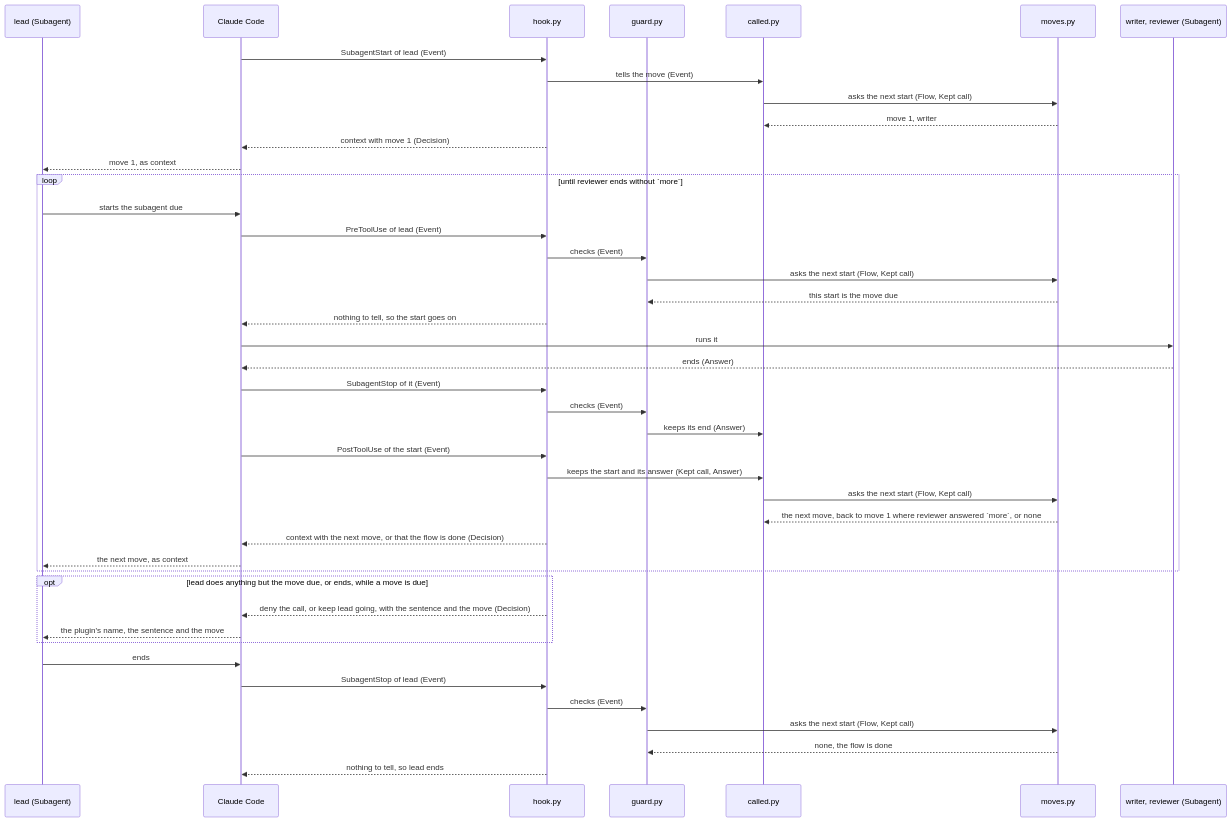
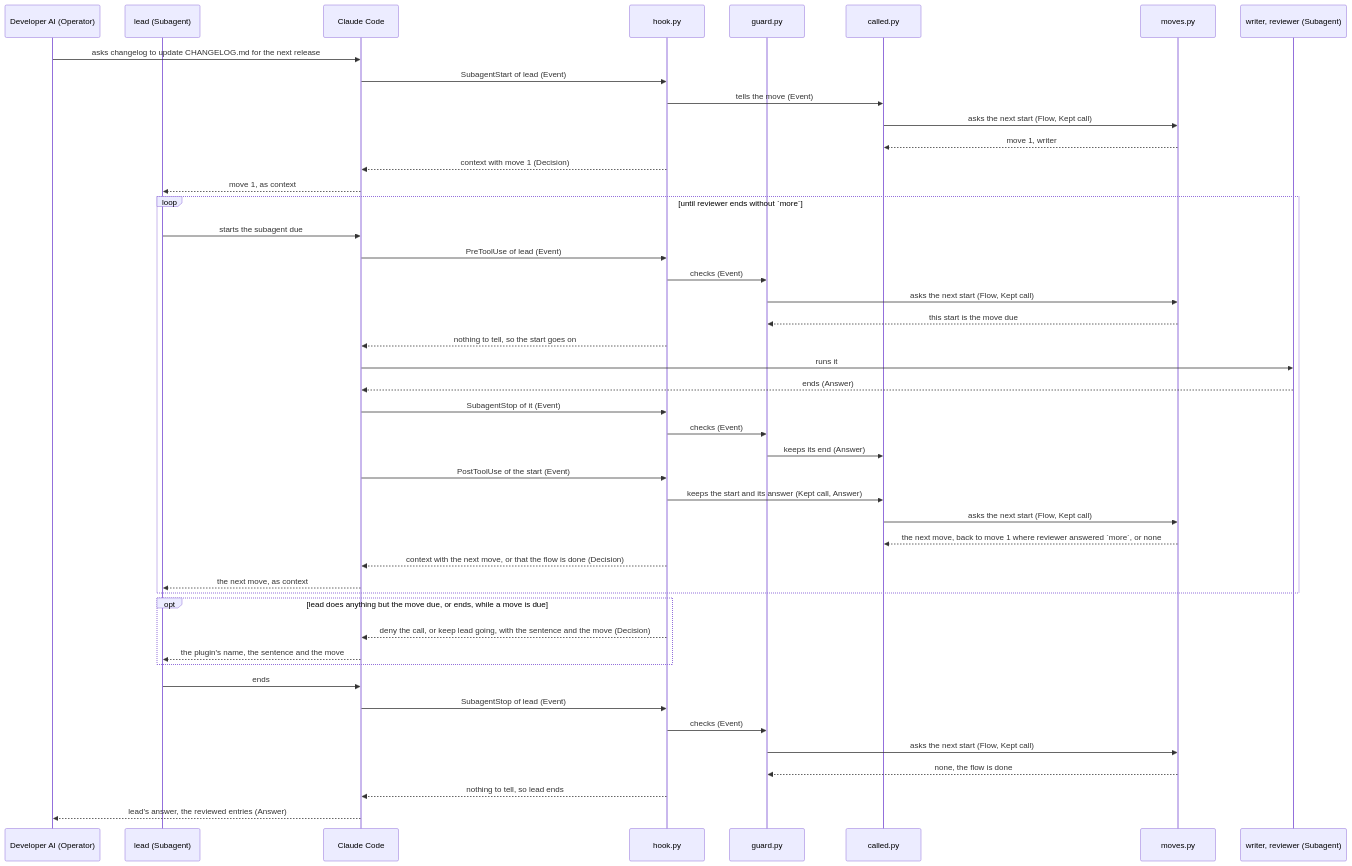
Before and after one commit to lovaizu/ccpm: the fourth of 4 diagrams in dev/lane/architecture.md, drawn with Mermaid. The commit also changed other lines of this file and 3 other files, not shown here.

````diff
--- a/dev/lane/architecture.md
+++ b/dev/lane/architecture.md
@@ -200,45 +211,48 @@
 ```mermaid
 sequenceDiagram
+  participant OP as Developer AI (Operator)
   participant O as lead (Subagent)
   participant CC as Claude Code
   participant H as hook.py
   participant G as guard.py
   participant C as called.py
   participant M as moves.py
   participant S as writer, reviewer (Subagent)
+  OP->>CC: asks changelog to update CHANGELOG.md for the next release
   CC->>H: SubagentStart of lead (Event)
   H->>C: tells the move (Event)
   C->>M: asks the next start (Flow, Kept call)
   M-->>C: move 1, writer
   H-->>CC: context with move 1 (Decision)
   CC-->>O: move 1, as context
   loop until reviewer ends without `more`
     O->>CC: starts the subagent due
     CC->>H: PreToolUse of lead (Event)
     H->>G: checks (Event)
     G->>M: asks the next start (Flow, Kept call)
     M-->>G: this start is the move due
     H-->>CC: nothing to tell, so the start goes on
     CC->>S: runs it
     S-->>CC: ends (Answer)
     CC->>H: SubagentStop of it (Event)
     H->>G: checks (Event)
     G->>C: keeps its end (Answer)
     CC->>H: PostToolUse of the start (Event)
     H->>C: keeps the start and its answer (Kept call, Answer)
     C->>M: asks the next start (Flow, Kept call)
     M-->>C: the next move, back to move 1 where reviewer answered `more`, or none
     H-->>CC: context with the next move, or that the flow is done (Decision)
     CC-->>O: the next move, as context
   end
   opt lead does anything but the move due, or ends, while a move is due
     H-->>CC: deny the call, or keep lead going, with the sentence and the move (Decision)
     CC-->>O: the plugin's name, the sentence and the move
   end
   O->>CC: ends
   CC->>H: SubagentStop of lead (Event)
   H->>G: checks (Event)
   G->>M: asks the next start (Flow, Kept call)
   M-->>G: none, the flow is done
   H-->>CC: nothing to tell, so lead ends
+  CC-->>OP: lead's answer, the reviewed entries (Answer)
 ```
````
